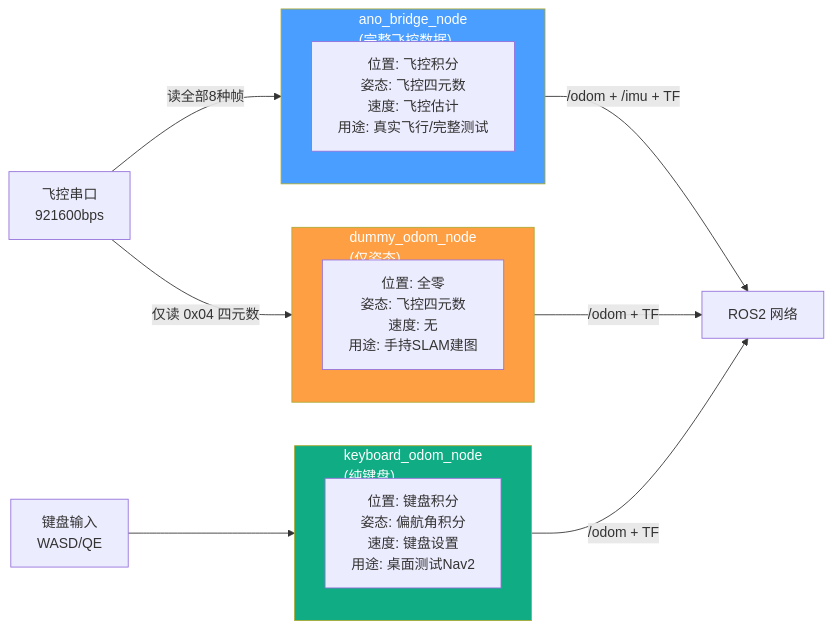
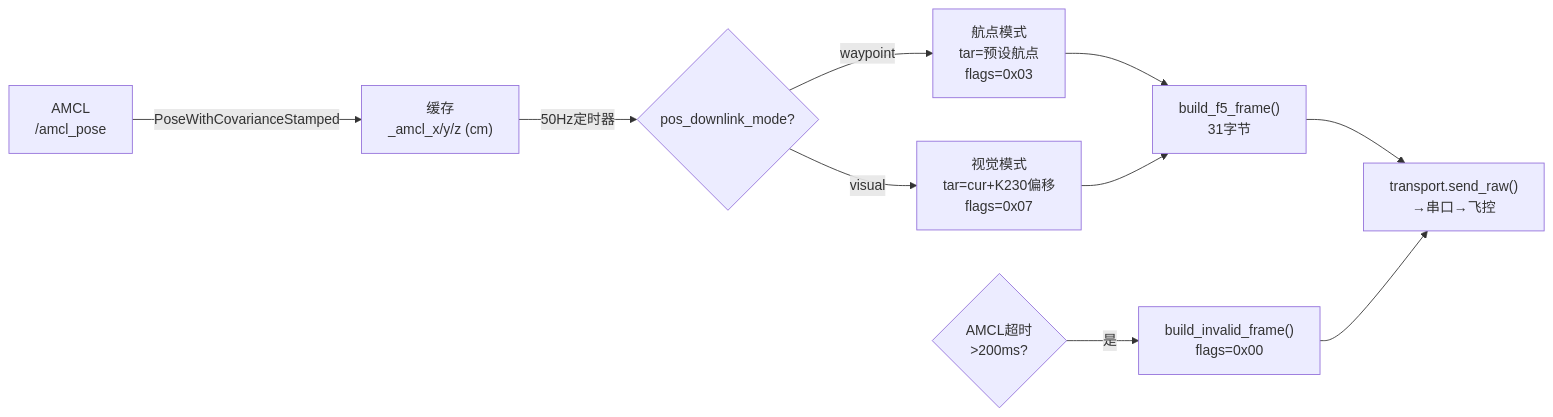
Diagram 13 of 25 in learn.md (yangou-ylz/n10p_laser_ros2), drawn with Mermaid before and after one commit. The commit also changed other lines of this file and 32 other files, not shown here.

````diff
--- a/learn.md
+++ b/learn.md
@@ -2620,26 +941,13 @@
 ```mermaid
 flowchart LR
-    subgraph ANO["ano_bridge_node<br/>(完整飞控数据)"]
-        A1["位置: 飞控积分<br/>姿态: 飞控四元数<br/>速度: 飞控估计<br/>用途: 真实飞行/完整测试"]
-    end
+    AMCL["AMCL<br/>/amcl_pose"] -->|"PoseWithCovarianceStamped"| CACHE2["缓存<br/>_amcl_x/y/z (cm)"]
+    CACHE2 -->|"50Hz定时器"| MODE{"pos_downlink_mode?"}
+    MODE -->|"waypoint"| WP["航点模式<br/>tar=预设航点<br/>flags=0x03"]
+    MODE -->|"visual"| VIS["视觉模式<br/>tar=cur+K230偏移<br/>flags=0x07"]
+    WP --> F5["build_f5_frame()<br/>31字节"]
+    VIS --> F5
+    F5 --> SERIAL2["transport.send_raw()<br/>→串口→飞控"]
 
-    subgraph DUMMY["dummy_odom_node<br/>(仅姿态)"]
-        A2["位置: 全零<br/>姿态: 飞控四元数<br/>速度: 无<br/>用途: 手持SLAM建图"]
-    end
-
-    subgraph KEY["keyboard_odom_node<br/>(纯键盘)"]
-        A3["位置: 键盘积分<br/>姿态: 偏航角积分<br/>速度: 键盘设置<br/>用途: 桌面测试Nav2"]
-    end
-
-    FC["飞控串口<br/>921600bps"] -->|"读全部8种帧"| ANO
-    FC -->|"仅读 0x04 四元数"| DUMMY
-    KEYBOARD["键盘输入<br/>WASD/QE"] --> KEY
-
-    ANO -->|"/odom + /imu + TF"| ROS2["ROS2 网络"]
-    DUMMY -->|"/odom + TF"| ROS2
-    KEY -->|"/odom + TF"| ROS2
-
-    style ANO fill:#4a9eff,color:#fff
-    style DUMMY fill:#ff9f43,color:#fff
-    style KEY fill:#10ac84,color:#fff
+    AMCL_TIMEOUT{"AMCL超时<br/>>200ms?"} -->|"是"| INVALID["build_invalid_frame()<br/>flags=0x00"]
+    INVALID --> SERIAL2
 ```
````
